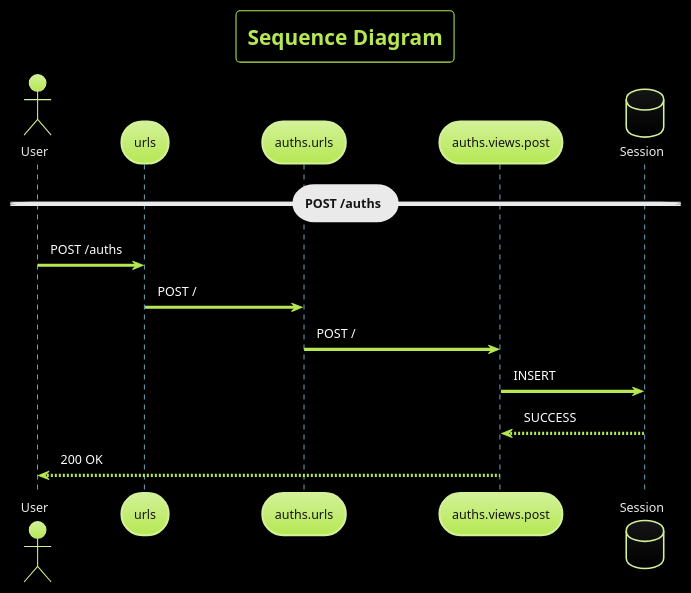
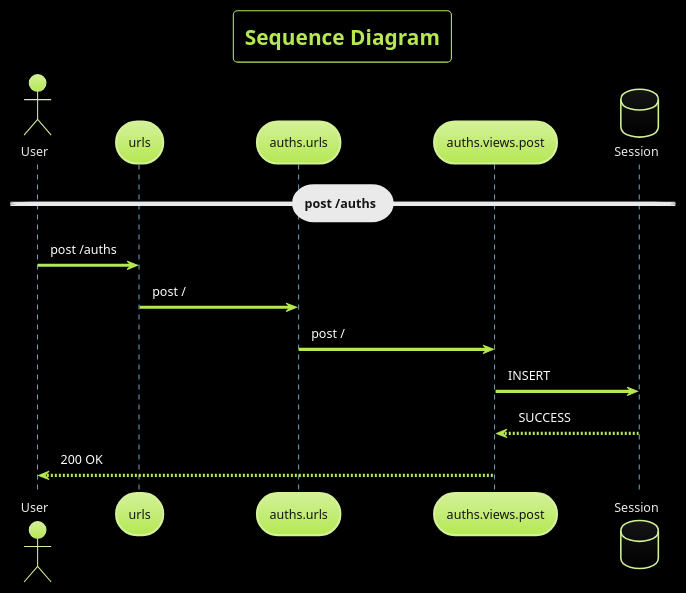
One commit to AdityaShenoy/FlipCart changed the third of 3 diagrams in design.plantuml. Above: the diagram before and after it, drawn with PlantUML. The commit also changed other lines of this file, not shown here.

Commit message:
docs: use lower case for request method type

```diff
--- a/design.plantuml
+++ b/design.plantuml
@@ -38,20 +38,20 @@
 @startuml 3
 
     !theme hacker
     skinparam BackgroundColor black
     title "Sequence Diagram"
 
     actor User
     participant urls
     participant auths.urls
     participant auths.views.post
     database Session
 
-    == POST /auths ==
-    User             ->  urls             : POST /auths
-    urls             ->  auths.urls       : POST /
-    auths.urls       ->  auths.views.post : POST /
+    == post /auths ==
+    User             ->  urls             : post /auths
+    urls             ->  auths.urls       : post /
+    auths.urls       ->  auths.views.post : post /
     auths.views.post ->  Session          : INSERT
     auths.views.post <-- Session          : SUCCESS
     User             <-- auths.views.post : 200 OK
 @enduml
```
